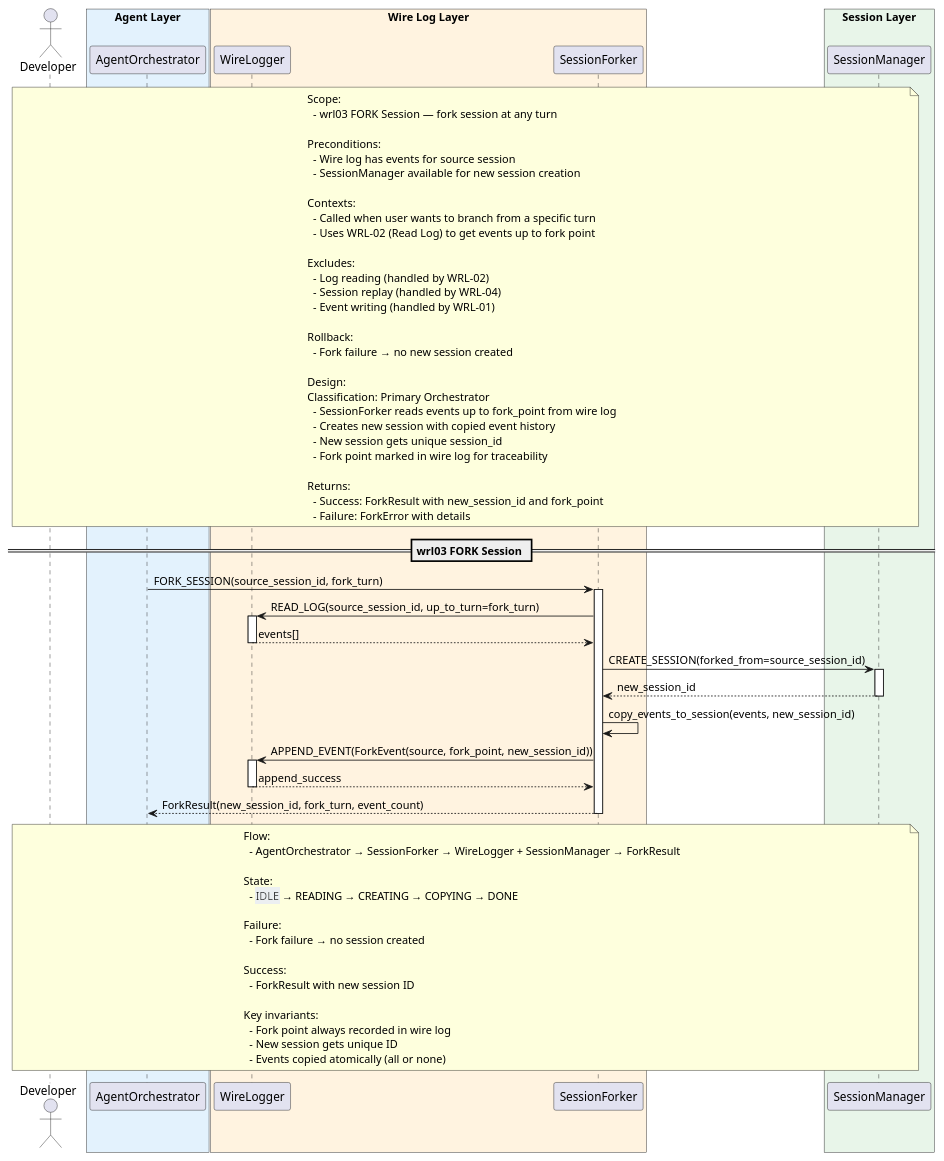
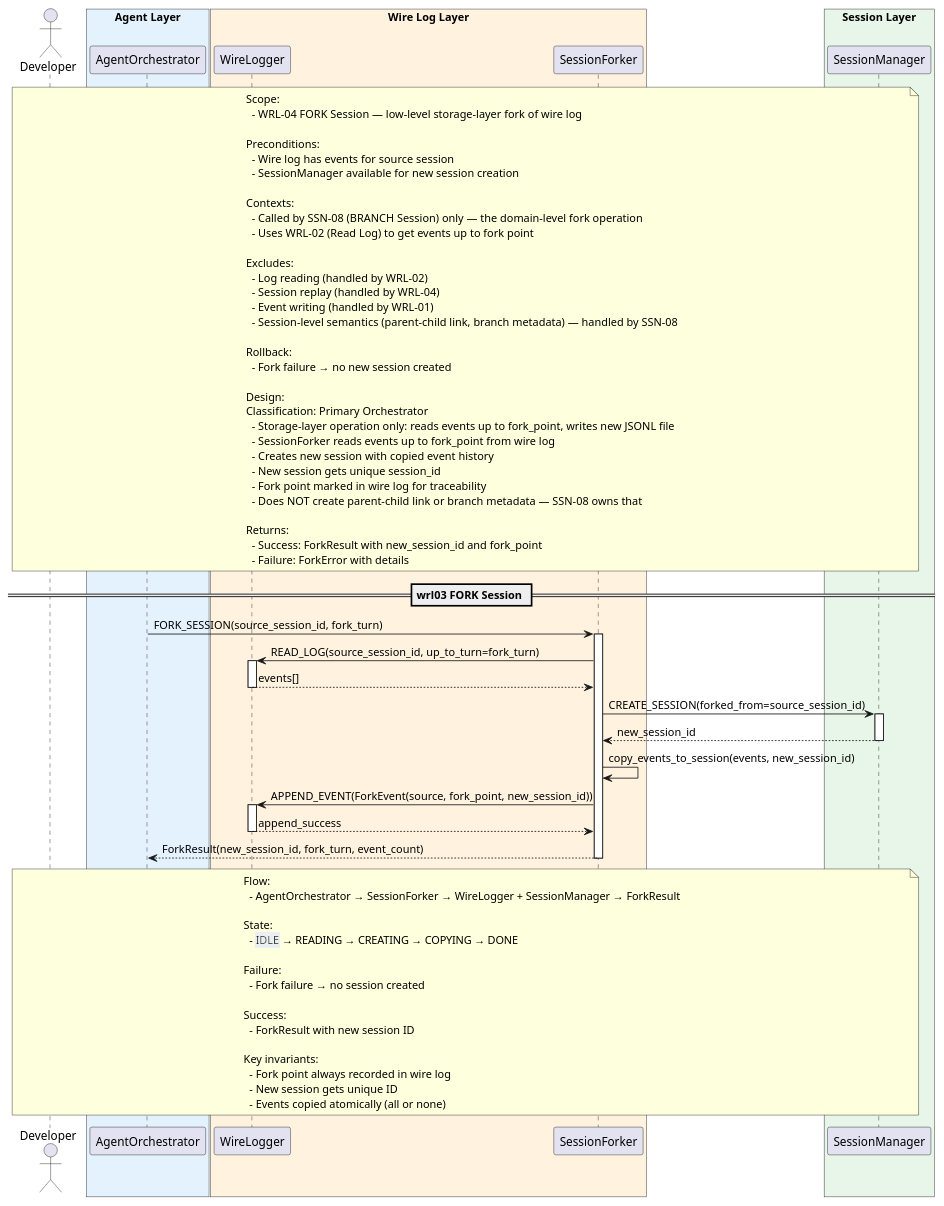
One commit to salimnamvar/nasim changed the diagram in docs/SQ/WRL/sq_wrl04_fork_session.puml. Above: the diagram before and after it, drawn with PlantUML. The commit also changed 18 other files, not shown here.

Commit message:
docs: Update component diagrams and API documentation for improved clarity and structure

```diff
--- a/docs/SQ/WRL/sq_wrl04_fork_session.puml
+++ b/docs/SQ/WRL/sq_wrl04_fork_session.puml
@@ -1,101 +1,104 @@
 @startuml sq_wrl04_fork_session
 ' ============================================================
 ' Title:     WRL-04 — Fork Session
 ' Boundary:  nasim code agent CLI
 ' Purpose:   Fork session at any turn
 ' Milestone: v1.0
 ' Version:   1.0.0
 ' Source:    docs/UC/README.md
 ' Review:    —
 ' ============================================================
 
 actor "Developer" as user
 
 box "Agent Layer" #E3F2FD
   participant "AgentOrchestrator" as agent
 end box
 box "Wire Log Layer" #FFF3E0
   participant "WireLogger" as logger
   participant "SessionForker" as forker
 end box
 box "Session Layer" #E8F5E9
   participant "SessionManager" as session
 end box
 
 note over user, session
   Scope:
-    - wrl03 FORK Session — fork session at any turn
+    - WRL-04 FORK Session — low-level storage-layer fork of wire log
 
   Preconditions:
     - Wire log has events for source session
     - SessionManager available for new session creation
 
   Contexts:
-    - Called when user wants to branch from a specific turn
+    - Called by SSN-08 (BRANCH Session) only — the domain-level fork operation
     - Uses WRL-02 (Read Log) to get events up to fork point
 
   Excludes:
     - Log reading (handled by WRL-02)
     - Session replay (handled by WRL-04)
     - Event writing (handled by WRL-01)
+    - Session-level semantics (parent-child link, branch metadata) — handled by SSN-08
 
   Rollback:
     - Fork failure → no new session created
 
   Design:
   Classification: Primary Orchestrator
+    - Storage-layer operation only: reads events up to fork_point, writes new JSONL file
     - SessionForker reads events up to fork_point from wire log
     - Creates new session with copied event history
     - New session gets unique session_id
     - Fork point marked in wire log for traceability
+    - Does NOT create parent-child link or branch metadata — SSN-08 owns that
 
   Returns:
     - Success: ForkResult with new_session_id and fork_point
     - Failure: ForkError with details
 end note
 
 == wrl03 FORK Session ==
 
 agent -> forker : FORK_SESSION(source_session_id, fork_turn)
 activate forker
 
 forker -> logger : READ_LOG(source_session_id, up_to_turn=fork_turn)
 activate logger
 logger --> forker : events[]
 deactivate logger
 
 forker -> session : CREATE_SESSION(forked_from=source_session_id)
 activate session
 session --> forker : new_session_id
 deactivate session
 
 forker -> forker : copy_events_to_session(events, new_session_id)
 
 forker -> logger : APPEND_EVENT(ForkEvent(source, fork_point, new_session_id))
 activate logger
 logger --> forker : append_success
 deactivate logger
 
 forker --> agent : ForkResult(new_session_id, fork_turn, event_count)
 deactivate forker
 
 note over user, session
   Flow:
     - AgentOrchestrator → SessionForker → WireLogger + SessionManager → ForkResult
 
   State:
     - <back:#ECEFF1>IDLE</back> → READING → CREATING → COPYING → DONE
 
   Failure:
     - Fork failure → no session created
 
   Success:
     - ForkResult with new session ID
 
   Key invariants:
     - Fork point always recorded in wire log
     - New session gets unique ID
     - Events copied atomically (all or none)
 end note
 
 @enduml
```
